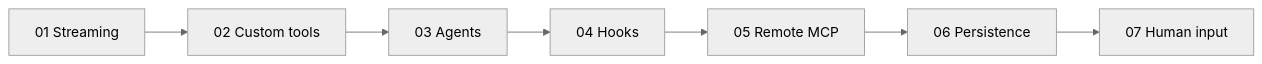
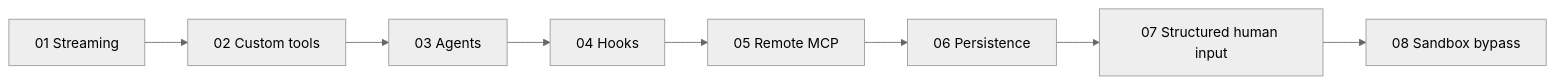
The diagram in examples/README.md (jeffrey-groneberg/ghcp_sdk), drawn with Mermaid (neutral theme) before and after one commit. The commit also changed other lines of this file and 24 other files, not shown here.

````diff
--- a/examples/README.md
+++ b/examples/README.md
@@ -10,9 +11,10 @@
 ```mermaid
 flowchart LR
     A[01 Streaming] --> B[02 Custom tools]
     B --> C[03 Agents]
     C --> D[04 Hooks]
     D --> E[05 Remote MCP]
     E --> F[06 Persistence]
-    F --> G[07 Human input]
+    F --> G[07 Structured human input]
+    G --> H[08 Sandbox bypass]
 ```
````
